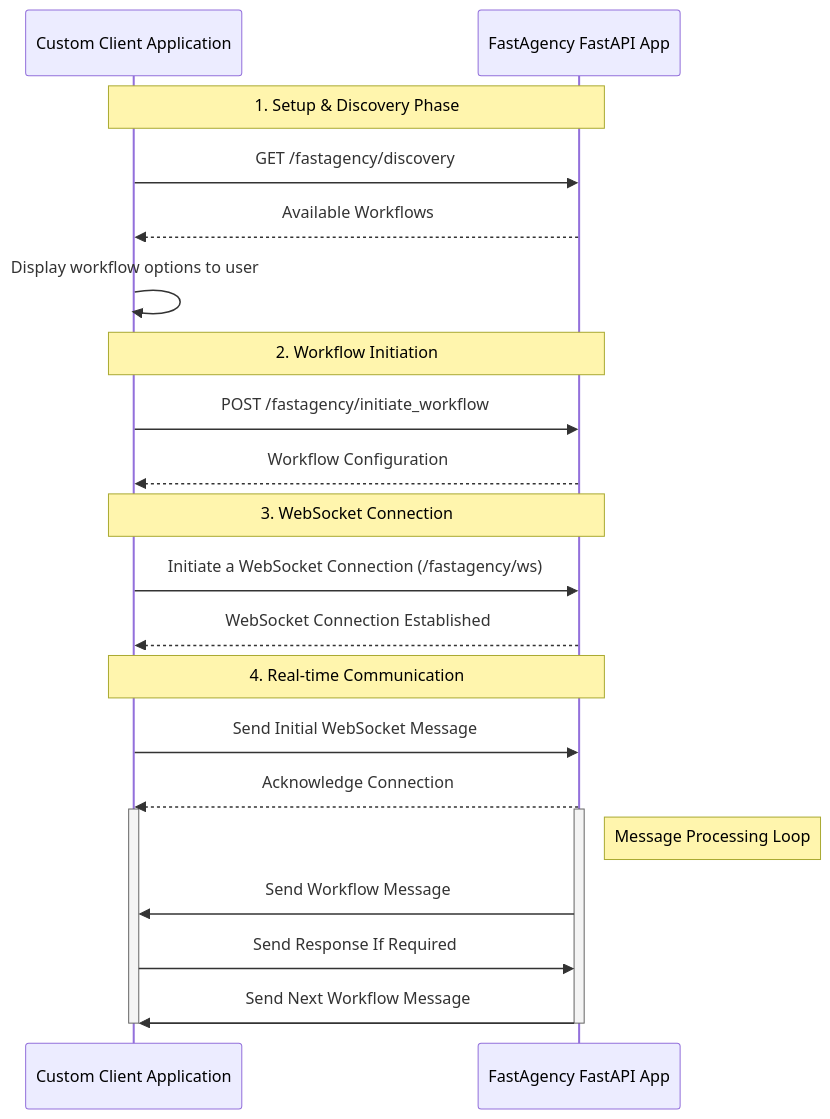
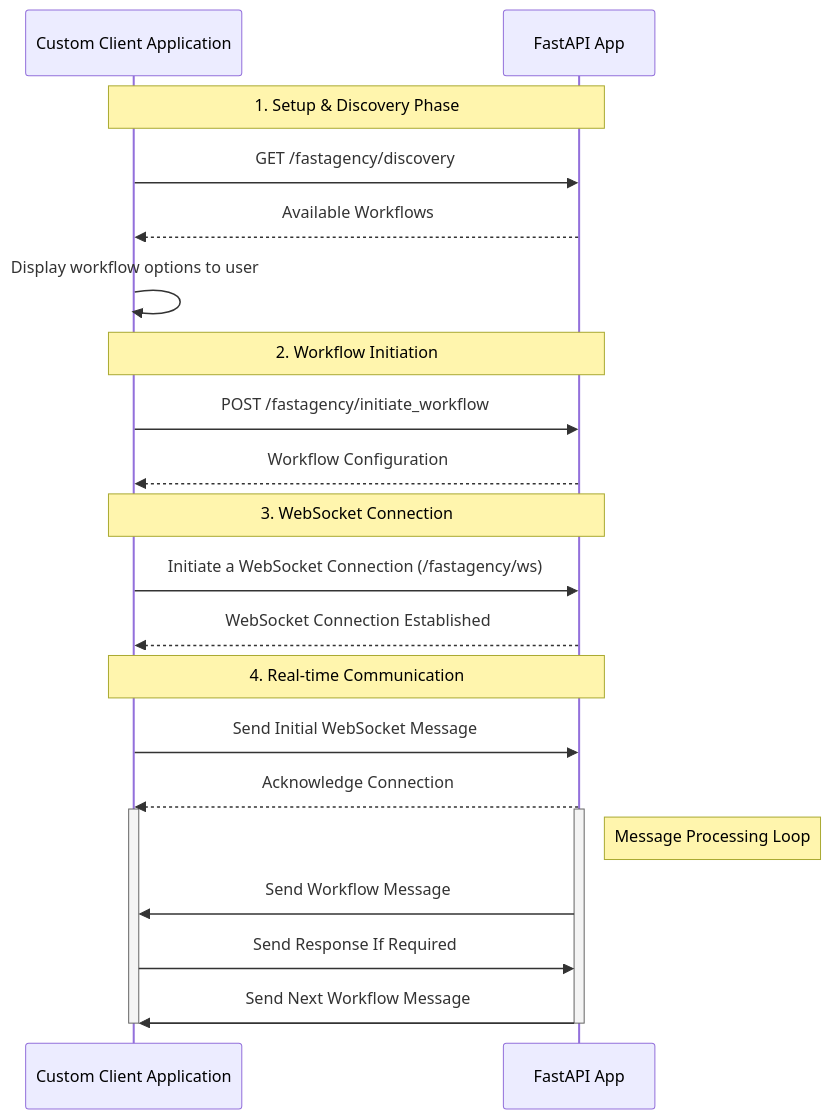
Before and after one commit to airtai/fastagency: the diagram in docs/docs/en/user-guide/adapters/fastapi/index.md, drawn with Mermaid. The commit also changed other lines of this file and 1 other file, not shown here.

````diff
--- a/docs/docs/en/user-guide/adapters/fastapi/index.md
+++ b/docs/docs/en/user-guide/adapters/fastapi/index.md
@@ -101,32 +99,32 @@
     ```mermaid
     sequenceDiagram
     participant Client as Custom Client Application
-    participant FastAPI as FastAgency FastAPI App
+    participant FastAPI as FastAPI App
 
     Note over Client,FastAPI: 1. Setup & Discovery Phase
     Client->>FastAPI: GET /fastagency/discovery
     FastAPI-->>Client: Available Workflows
 
     Client->>Client: Display workflow options to user
 
     Note over Client,FastAPI: 2. Workflow Initiation
     Client->>FastAPI: POST /fastagency/initiate_workflow
     FastAPI-->>Client: Workflow Configuration
 
     Note over Client,FastAPI: 3. WebSocket Connection
     Client->>FastAPI: Initiate a WebSocket Connection (/fastagency/ws)
     FastAPI-->>Client: WebSocket Connection Established
 
     Note over Client,FastAPI: 4. Real-time Communication
     Client->>FastAPI: Send Initial WebSocket Message
     FastAPI-->>Client: Acknowledge Connection
 
     activate FastAPI
     activate Client
     Note right of FastAPI: Message Processing Loop
     FastAPI->>Client: Send Workflow Message
     Client->>FastAPI: Send Response If Required
     FastAPI->>Client: Send Next Workflow Message
     deactivate Client
     deactivate FastAPI
     ```
````
